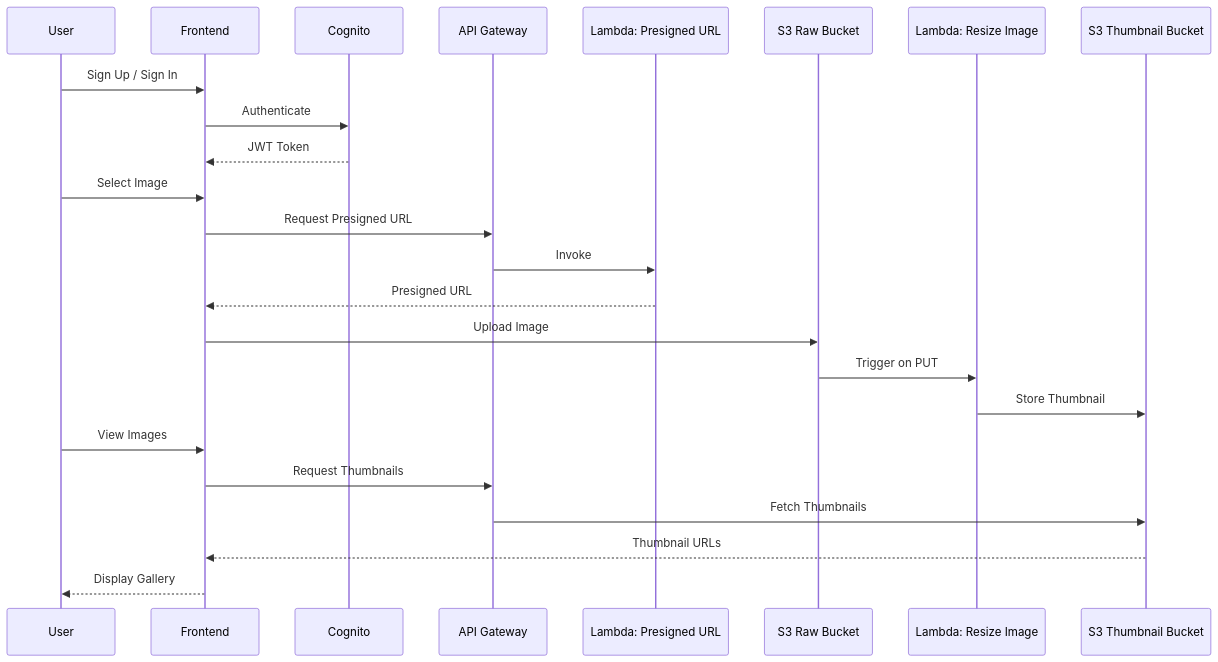
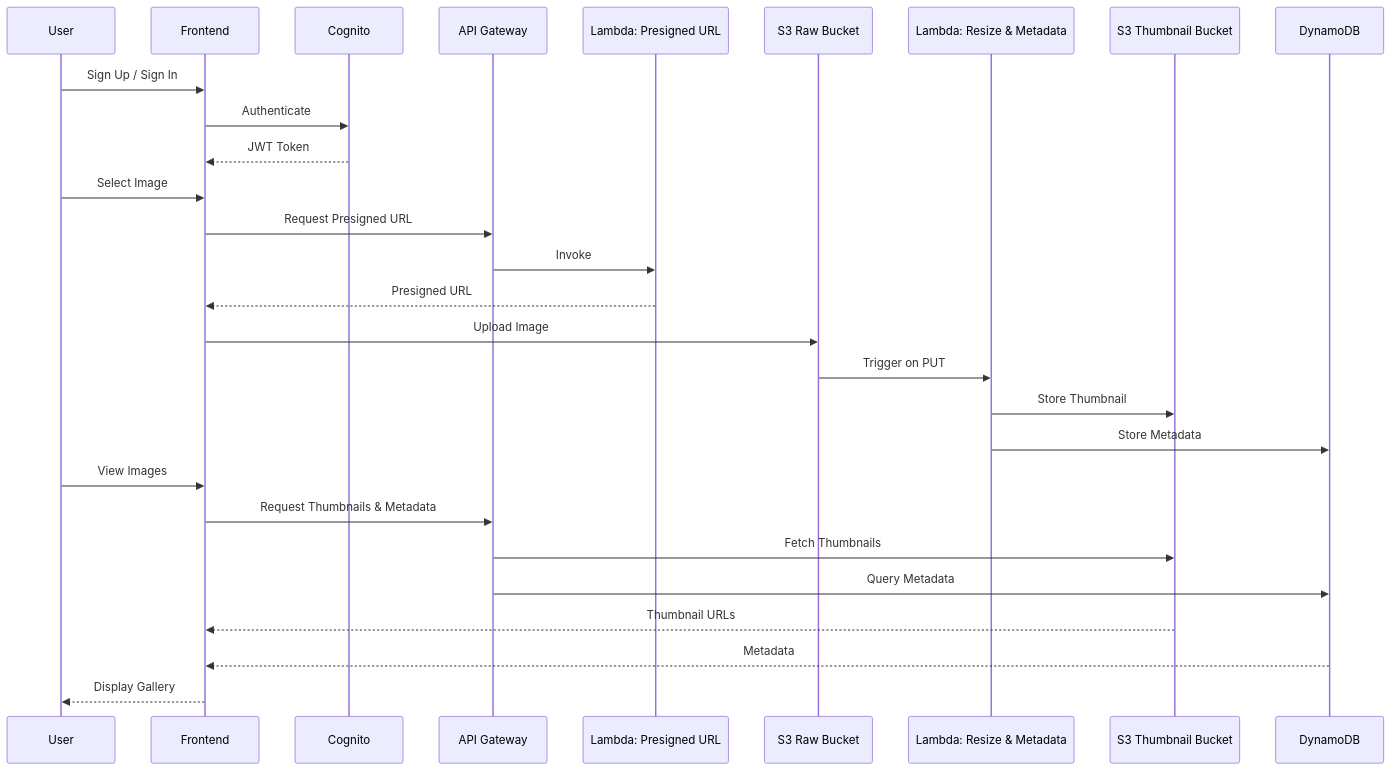
The second of 2 diagrams in Readme.md (guderian120/s3_photo_sharing), drawn with Mermaid before and after one commit. The commit also changed other lines of this file and 2 other files, not shown here.

````diff
--- a/Readme.md
+++ b/Readme.md
@@ -66,27 +71,31 @@
 ```mermaid
 sequenceDiagram
     participant U as User
     participant F as Frontend
     participant C as Cognito
     participant A as API Gateway
     participant L1 as Lambda: Presigned URL
     participant S1 as S3 Raw Bucket
-    participant L2 as Lambda: Resize Image
+    participant L2 as Lambda: Resize & Metadata
     participant S2 as S3 Thumbnail Bucket
+    participant D as DynamoDB
 
     U->>F: Sign Up / Sign In
     F->>C: Authenticate
     C-->>F: JWT Token
     U->>F: Select Image
     F->>A: Request Presigned URL
     A->>L1: Invoke
     L1-->>F: Presigned URL
     F->>S1: Upload Image
     S1->>L2: Trigger on PUT
     L2->>S2: Store Thumbnail
+    L2->>D: Store Metadata
     U->>F: View Images
-    F->>A: Request Thumbnails
+    F->>A: Request Thumbnails & Metadata
     A->>S2: Fetch Thumbnails
+    A->>D: Query Metadata
     S2-->>F: Thumbnail URLs
+    D-->>F: Metadata
     F-->>U: Display Gallery
 ```
````
